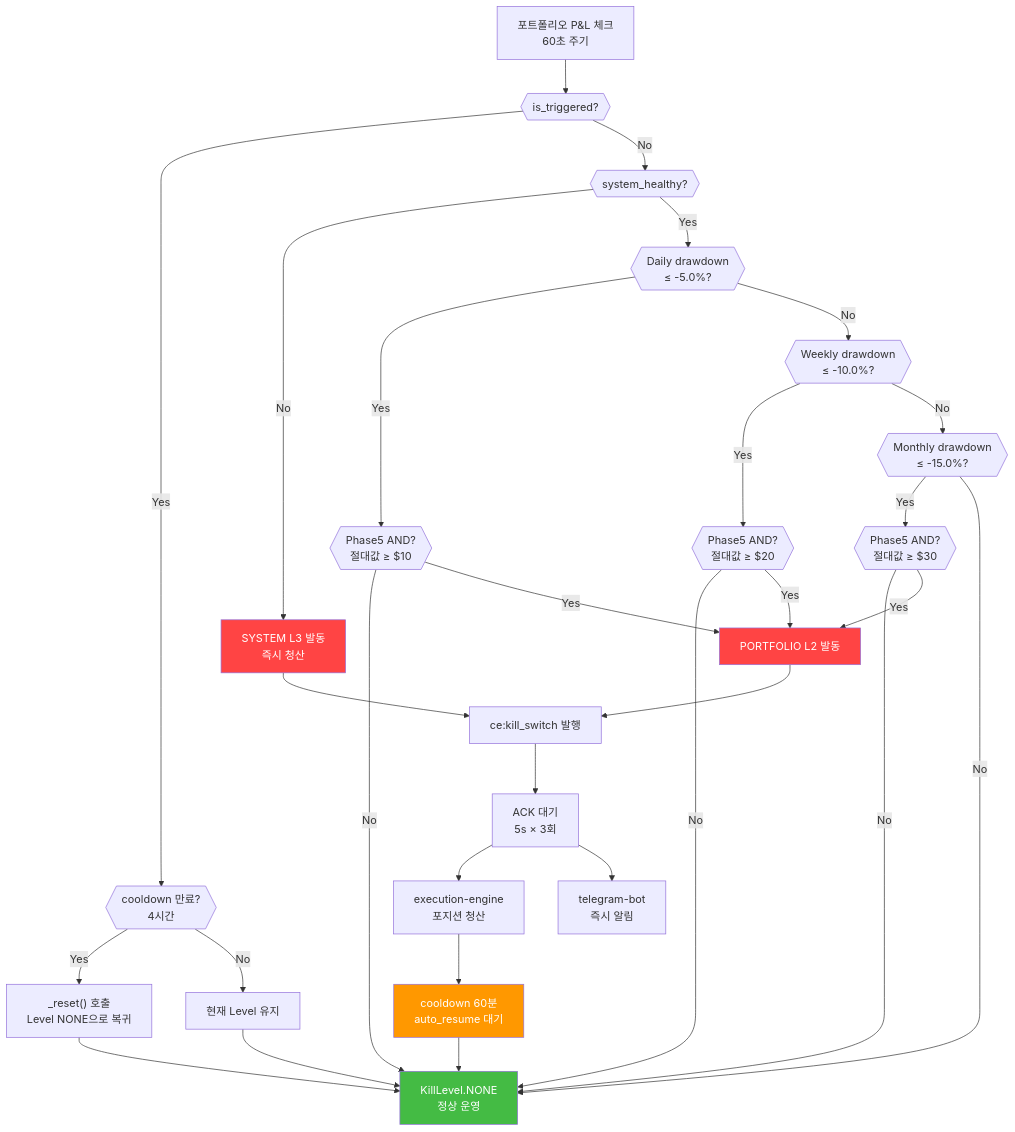
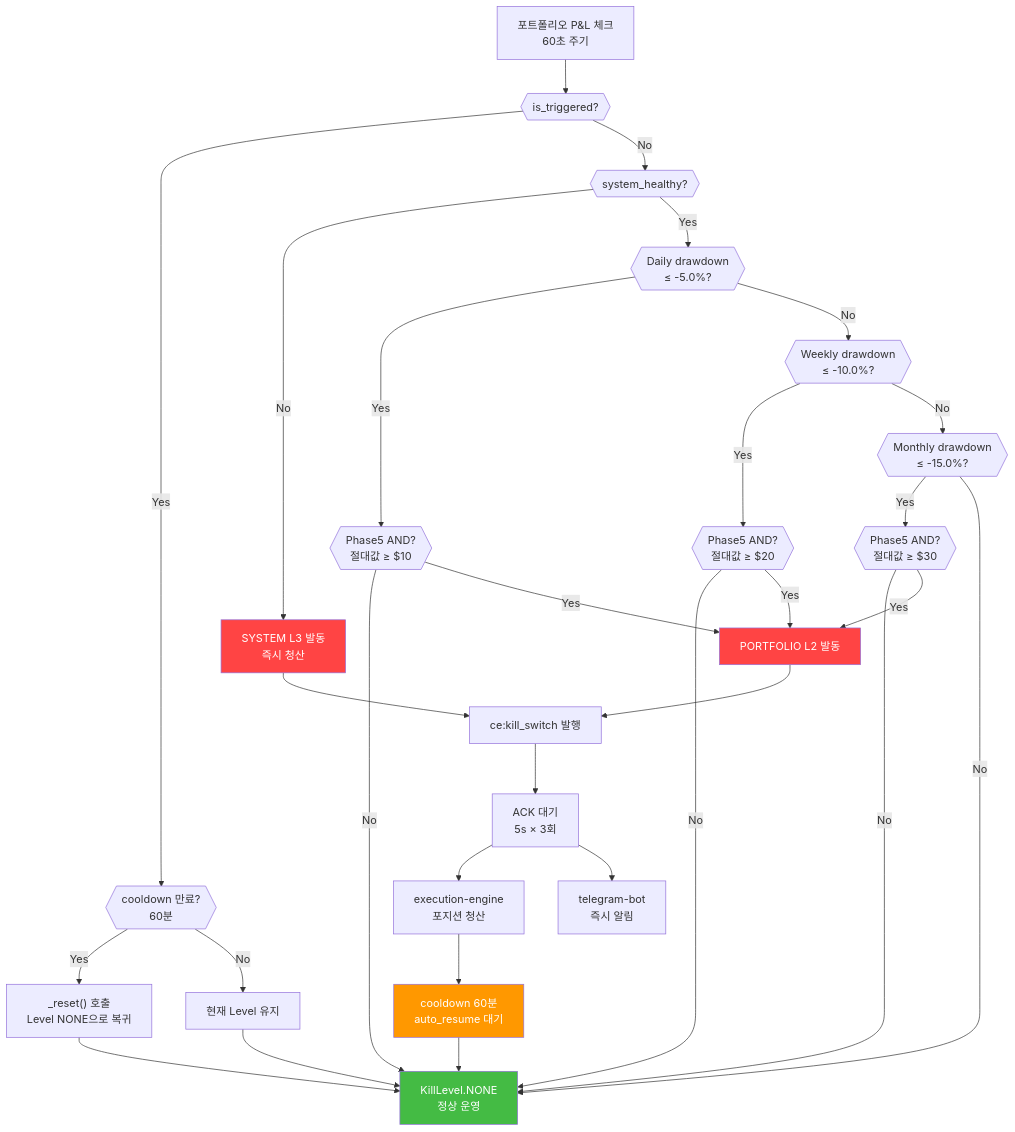
One commit to Justant-source/Bit-Mania changed the diagram in docs/70-policy/safety.md. Above: the diagram before and after it, drawn with Mermaid. The commit also changed other lines of this file and 20 other files, not shown here.

````diff
--- a/docs/70-policy/safety.md
+++ b/docs/70-policy/safety.md
@@ -47,36 +47,36 @@
 ```mermaid
 flowchart TD
     A["포트폴리오 P&L 체크<br>60초 주기"] --> B{{"is_triggered?"}}
-    B -->|Yes| C{{"cooldown 만료?<br>4시간"}}
+    B -->|Yes| C{{"cooldown 만료?<br>60분"}}
     C -->|Yes| D["_reset() 호출<br>Level NONE으로 복귀"]
     C -->|No| E["현재 Level 유지"]
     B -->|No| F{{"system_healthy?"}}
     F -->|No| G["SYSTEM L3 발동<br>즉시 청산"]
     F -->|Yes| H{{"Daily drawdown<br>≤ -5.0%?"}}
     H -->|Yes| L{{"Phase5 AND?<br>절대값 ≥ $10"}}
     H -->|No| I{{"Weekly drawdown<br>≤ -10.0%?"}}
     I -->|Yes| M{{"Phase5 AND?<br>절대값 ≥ $20"}}
     I -->|No| J{{"Monthly drawdown<br>≤ -15.0%?"}}
     J -->|Yes| N{{"Phase5 AND?<br>절대값 ≥ $30"}}
     J -->|No| K["KillLevel.NONE<br>정상 운영"]
     L -->|No| K
     L -->|Yes| P["PORTFOLIO L2 발동"]
     M -->|No| K
     M -->|Yes| P
     N -->|No| K
     N -->|Yes| P
     P --> Q["ce:kill_switch 발행"]
     G --> Q
     Q --> R["ACK 대기<br>5s × 3회"]
     R --> S["execution-engine<br>포지션 청산"]
     R --> T["telegram-bot<br>즉시 알림"]
     S --> U["cooldown 60분<br>auto_resume 대기"]
     U --> K
     D --> K
     E --> K
 
     style P fill:#ff4444,color:#fff
     style G fill:#ff4444,color:#fff
     style K fill:#44bb44,color:#fff
     style U fill:#ff9800,color:#fff
 ```
````
